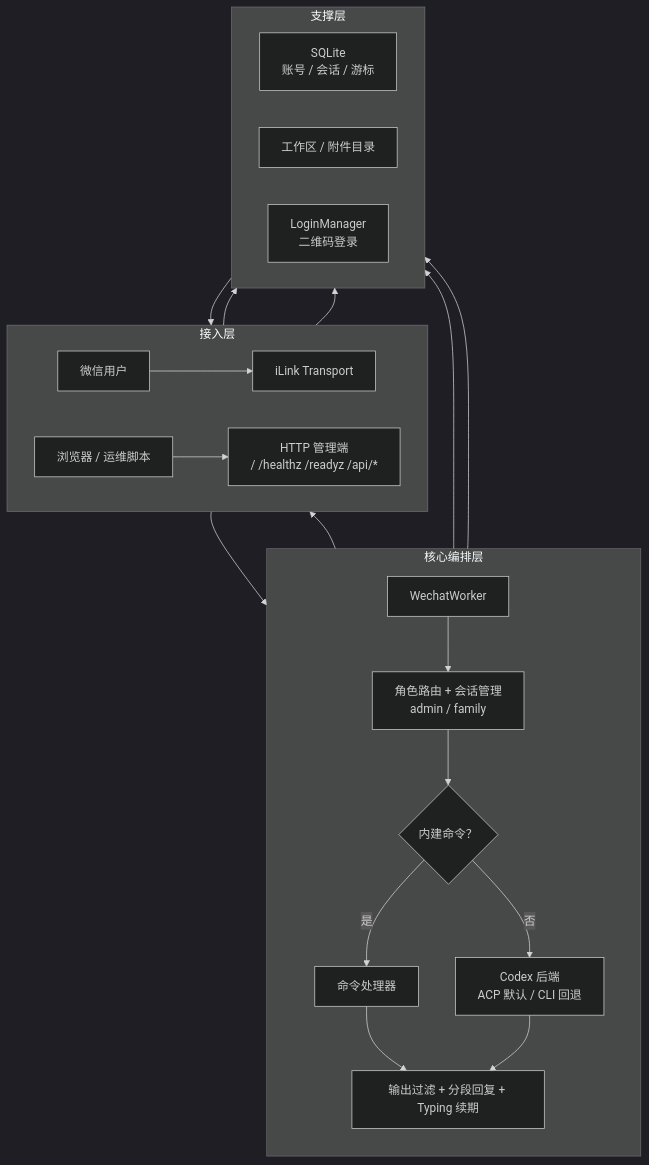
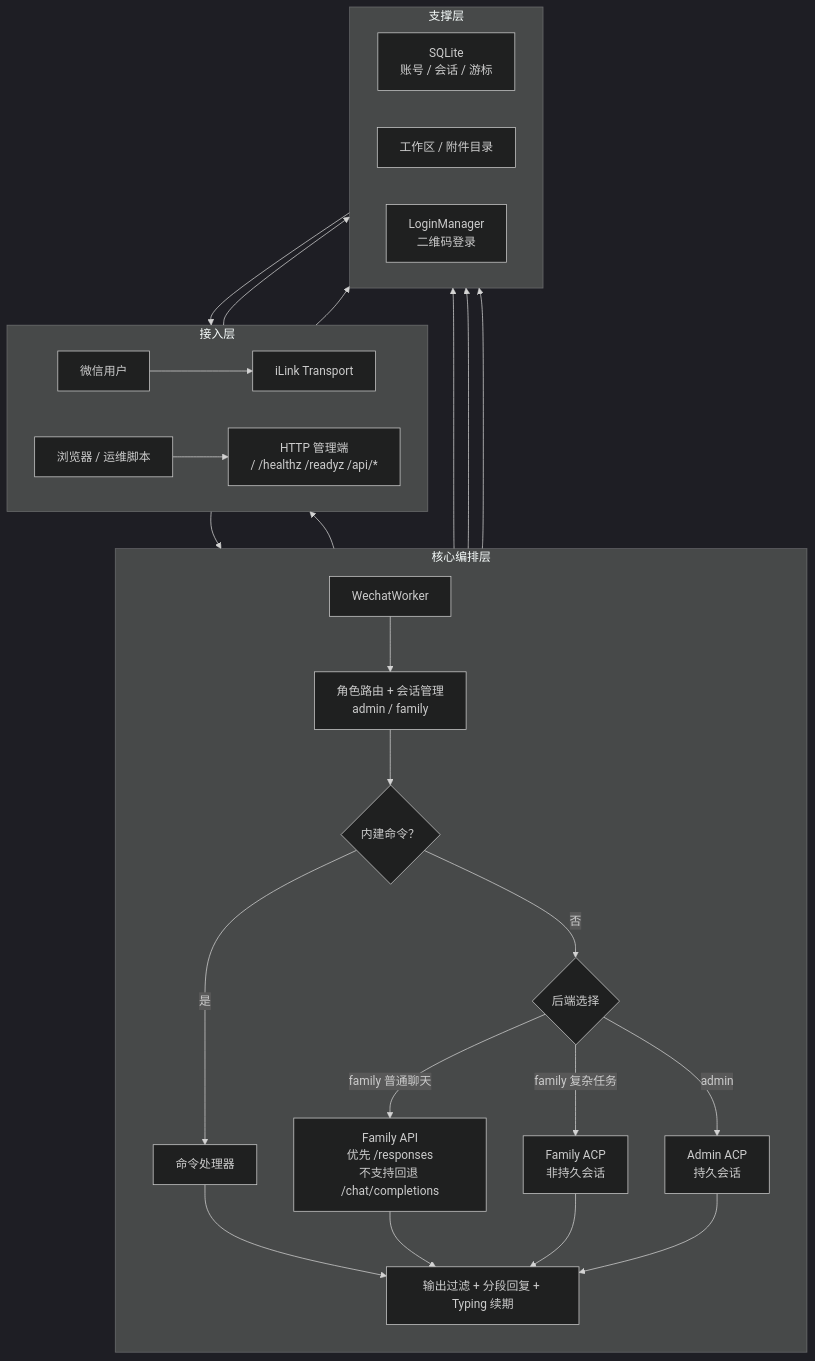
One commit to thekfjie/weixin-household-gateway changed the diagram in README.md. Above: the diagram before and after it, drawn with Mermaid (dark theme). The commit also changed other lines of this file and 8 other files, not shown here.

Commit message:
修正 family API responses 回退链路

````diff
--- a/README.md
+++ b/README.md
@@ -83,33 +84,39 @@
 ```mermaid
 flowchart TB
   subgraph Entry["接入层"]
     direction LR
     WX["微信用户"] --> IL["iLink Transport"]
     WEB["浏览器 / 运维脚本"] --> HTTP["HTTP 管理端<br/>/ /healthz /readyz /api/*"]
   end
 
   subgraph Core["核心编排层"]
     direction TB
     WORKER["WechatWorker"] --> SESSION["角色路由 + 会话管理<br/>admin / family"]
     SESSION --> DECIDE{"内建命令？"}
     DECIDE -->|是| CMD["命令处理器"]
-    DECIDE -->|否| CODEX["Codex 后端<br/>ACP 默认 / CLI 回退"]
+    DECIDE -->|否| ROUTE{"后端选择"}
+    ROUTE -->|family 普通聊天| API["Family API<br/>优先 /responses<br/>不支持回退 /chat/completions"]
+    ROUTE -->|family 复杂任务| FACP["Family ACP<br/>非持久会话"]
+    ROUTE -->|admin| AACP["Admin ACP<br/>持久会话"]
     CMD --> REPLY["输出过滤 + 分段回复 + Typing 续期"]
-    CODEX --> REPLY
+    API --> REPLY
+    FACP --> REPLY
+    AACP --> REPLY
   end
 
   subgraph Support["支撑层"]
     direction LR
     DB["SQLite<br/>账号 / 会话 / 游标"]
     FILES["工作区 / 附件目录"]
     LOGIN["LoginManager<br/>二维码登录"]
   end
 
   IL --> WORKER
   REPLY --> IL
   HTTP --> LOGIN
   HTTP --> DB
   LOGIN --> IL
   SESSION --> DB
-  CODEX --> FILES
+  FACP --> FILES
+  AACP --> FILES
 ```
````
